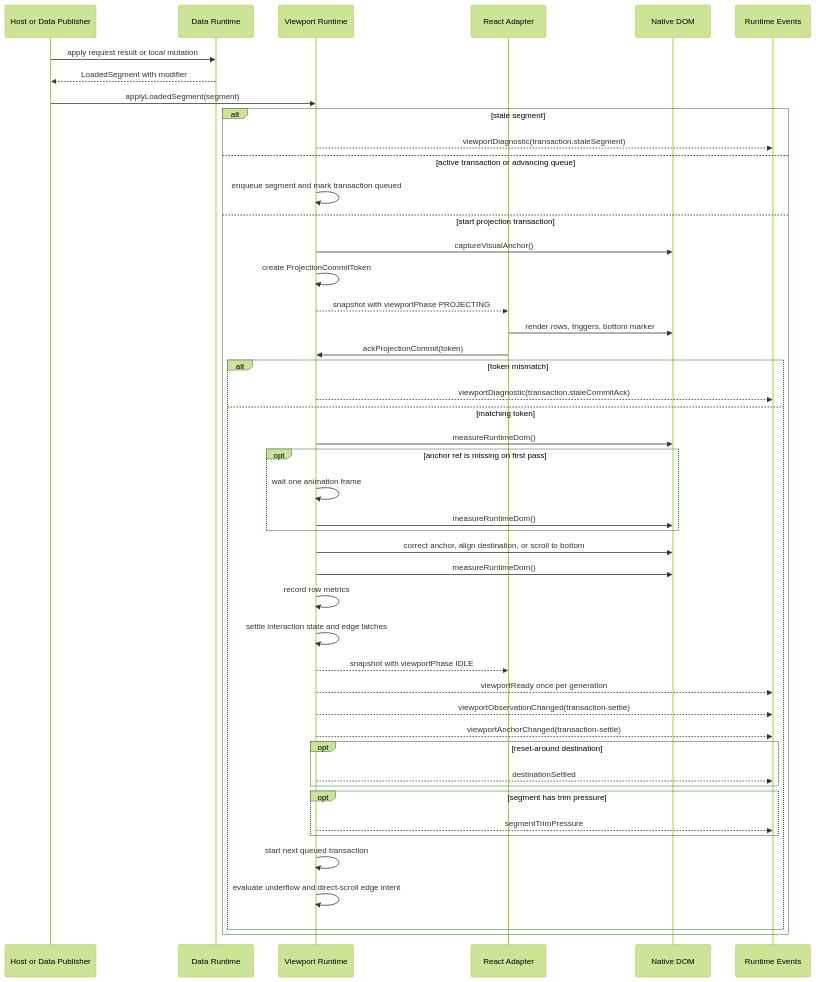
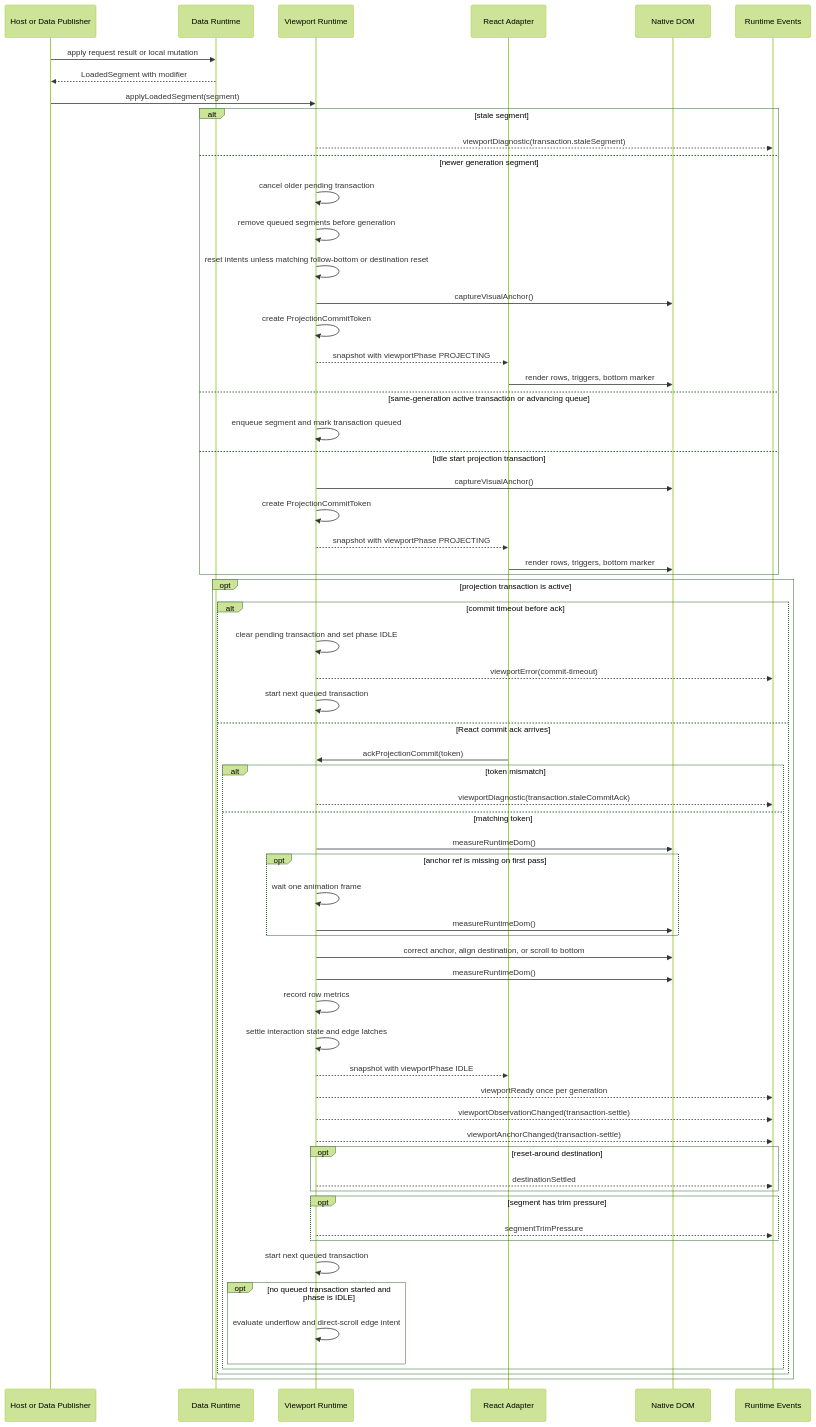
The first of 2 diagrams in docs/graph/runtime-transaction.md (LouisGo/XMessageList), drawn with Mermaid (forest theme) before and after one commit. The commit also changed 17 other files, not shown here.

Commit message:
feat: graph impl

````diff
--- a/docs/graph/runtime-transaction.md
+++ b/docs/graph/runtime-transaction.md
@@ -5,51 +5,69 @@
 ```mermaid
 sequenceDiagram
   participant Host as Host or Data Publisher
   participant Data as Data Runtime
   participant Runtime as Viewport Runtime
   participant React as React Adapter
   participant DOM as Native DOM
   participant Events as Runtime Events
 
   Host->>Data: apply request result or local mutation
   Data-->>Host: LoadedSegment with modifier
   Host->>Runtime: applyLoadedSegment(segment)
 
   alt stale segment
     Runtime-->>Events: viewportDiagnostic(transaction.staleSegment)
-  else active transaction or advancing queue
-    Runtime->>Runtime: enqueue segment and mark transaction queued
-  else start projection transaction
+  else newer generation segment
+    Runtime->>Runtime: cancel older pending transaction
+    Runtime->>Runtime: remove queued segments before generation
+    Runtime->>Runtime: reset intents unless matching follow-bottom or destination reset
     Runtime->>DOM: captureVisualAnchor()
     Runtime->>Runtime: create ProjectionCommitToken
     Runtime-->>React: snapshot with viewportPhase PROJECTING
     React->>DOM: render rows, triggers, bottom marker
-    React->>Runtime: ackProjectionCommit(token)
+  else same-generation active transaction or advancing queue
+    Runtime->>Runtime: enqueue segment and mark transaction queued
+  else idle start projection transaction
+    Runtime->>DOM: captureVisualAnchor()
+    Runtime->>Runtime: create ProjectionCommitToken
+    Runtime-->>React: snapshot with viewportPhase PROJECTING
+    React->>DOM: render rows, triggers, bottom marker
+  end
 
-    alt token mismatch
-      Runtime-->>Events: viewportDiagnostic(transaction.staleCommitAck)
-    else matching token
-      Runtime->>DOM: measureRuntimeDom()
-      opt anchor ref is missing on first pass
-        Runtime->>Runtime: wait one animation frame
+  opt projection transaction is active
+    alt commit timeout before ack
+      Runtime->>Runtime: clear pending transaction and set phase IDLE
+      Runtime-->>Events: viewportError(commit-timeout)
+      Runtime->>Runtime: start next queued transaction
+    else React commit ack arrives
+      React->>Runtime: ackProjectionCommit(token)
+      alt token mismatch
+        Runtime-->>Events: viewportDiagnostic(transaction.staleCommitAck)
+      else matching token
         Runtime->>DOM: measureRuntimeDom()
+        opt anchor ref is missing on first pass
+          Runtime->>Runtime: wait one animation frame
+          Runtime->>DOM: measureRuntimeDom()
+        end
+        Runtime->>DOM: correct anchor, align destination, or scroll to bottom
+        Runtime->>DOM: measureRuntimeDom()
+        Runtime->>Runtime: record row metrics
+        Runtime->>Runtime: settle interaction state and edge latches
+        Runtime-->>React: snapshot with viewportPhase IDLE
+        Runtime-->>Events: viewportReady once per generation
+        Runtime-->>Events: viewportObservationChanged(transaction-settle)
+        Runtime-->>Events: viewportAnchorChanged(transaction-settle)
+        opt reset-around destination
+          Runtime-->>Events: destinationSettled
+        end
+        opt segment has trim pressure
+          Runtime-->>Events: segmentTrimPressure
+        end
+        Runtime->>Runtime: start next queued transaction
+        opt no queued transaction started and phase is IDLE
+          Runtime->>Runtime: evaluate underflow and direct-scroll edge intent
+        end
       end
-      Runtime->>DOM: correct anchor, align destination, or scroll to bottom
-      Runtime->>DOM: measureRuntimeDom()
-      Runtime->>Runtime: record row metrics
-      Runtime->>Runtime: settle interaction state and edge latches
-      Runtime-->>React: snapshot with viewportPhase IDLE
-      Runtime-->>Events: viewportReady once per generation
-      Runtime-->>Events: viewportObservationChanged(transaction-settle)
-      Runtime-->>Events: viewportAnchorChanged(transaction-settle)
-      opt reset-around destination
-        Runtime-->>Events: destinationSettled
-      end
-      opt segment has trim pressure
-        Runtime-->>Events: segmentTrimPressure
-      end
-      Runtime->>Runtime: start next queued transaction
-      Runtime->>Runtime: evaluate underflow and direct-scroll edge intent
     end
   end
 ```
````
